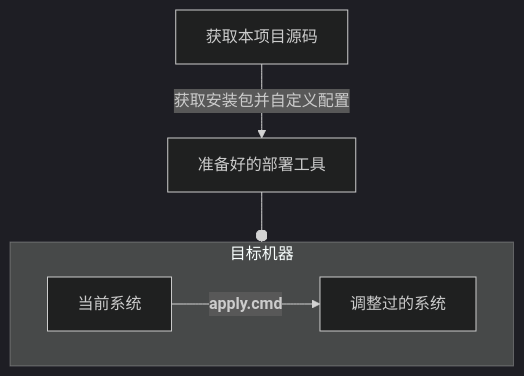
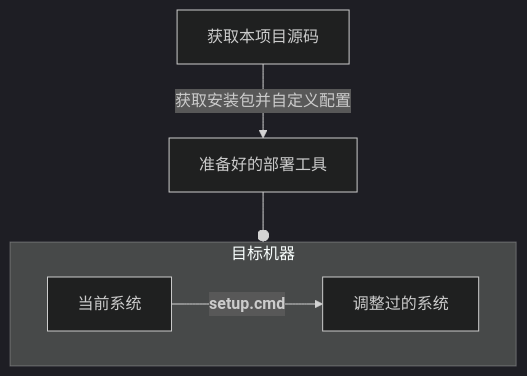
One commit to neo-sam/mysysprep changed the second of 2 diagrams in README_ZH.md. Above: the diagram before and after it, drawn with Mermaid (dark theme). The commit also changed other lines of this file and 73 other files, not shown here.

````diff
--- a/README_ZH.md
+++ b/README_ZH.md
@@ -37,8 +37,8 @@
 ```mermaid
 flowchart TB
   fetch[获取本项目源码] -- 获取安装包并自定义配置 --> bundle[准备好的部署工具]
   subgraph config [目标机器]
-      old[当前系统] -- <b>apply.cmd</b> --> new[调整过的系统]
+      old[当前系统] -- <b>setup.cmd</b> --> new[调整过的系统]
   end
   bundle --o config
 ```
````
